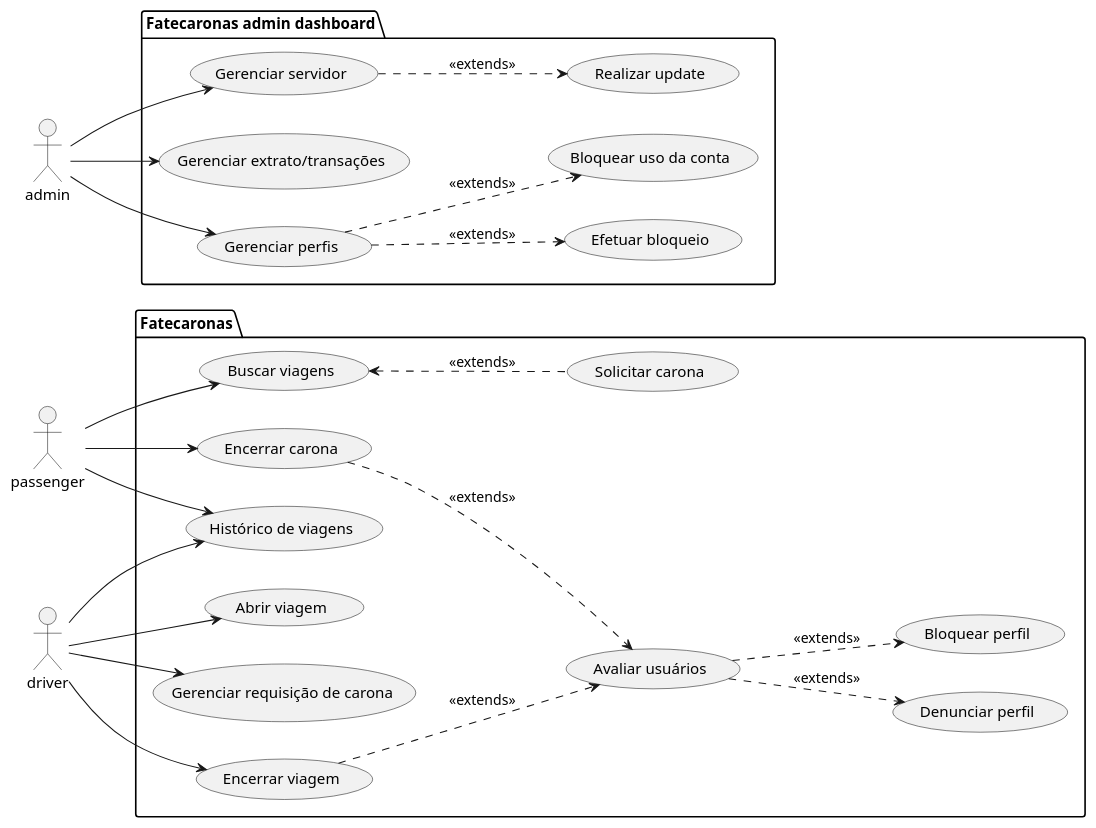
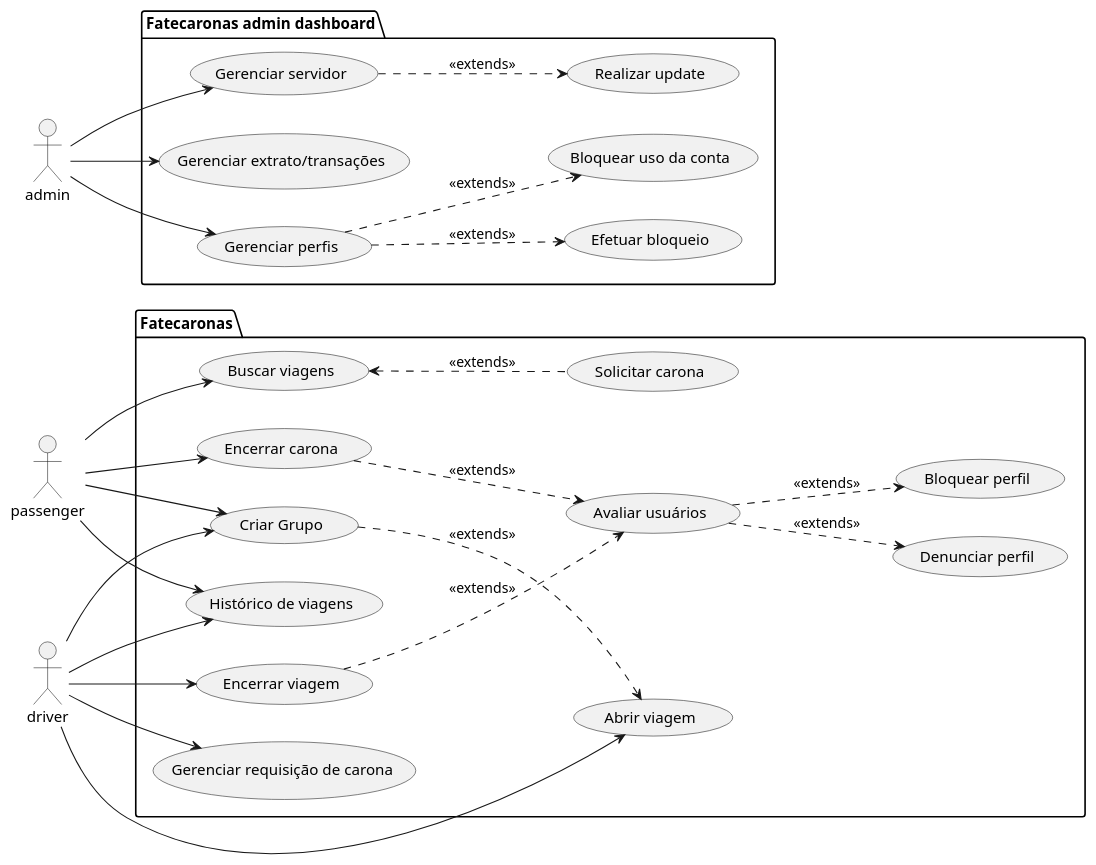
One commit to Vinicius0607/ProjetoES2 changed the diagram in uses_cases_fatecaronas.puml. Above: the diagram before and after it, drawn with PlantUML. The commit also changed 1 other file, not shown here.

```diff
--- a/uses_cases_fatecaronas.puml
+++ b/uses_cases_fatecaronas.puml
@@ -1,53 +1,56 @@
 @startuml Fatecaronas
 left to right direction
 
 ' Actors
 actor passenger as p
 actor driver as d
 actor admin as a
 
 package "Fatecaronas" {
     ' Usecases
     usecase "Buscar viagens" as UC1
     usecase "Solicitar carona" as UC2
     usecase "Encerrar carona" as UC3
     usecase "Histórico de viagens" as UC5
     usecase "Avaliar usuários" as UC6
     usecase "Abrir viagem" as UC7
     usecase "Gerenciar requisição de carona" as UC8
     usecase "Encerrar viagem" as UC9
     usecase "Denunciar perfil" as UC10
     usecase "Bloquear perfil" as UC11
+    usecase "Criar Grupo" as UC18
 }
-
+ 
 package "Fatecaronas admin dashboard" {
     usecase "Gerenciar servidor" as UC12
     usecase "Gerenciar extrato/transações" as UC13
     usecase "Gerenciar perfis" as UC14
     usecase "Efetuar bloqueio" as UC15
     usecase "Bloquear uso da conta" as UC16
     usecase "Realizar update" as UC17
-
 }
 
 ' Relations
 p --> UC1
 p --> UC3
 p --> UC5
+p --> UC18
 UC1 <.. UC2: <<extends>>
 UC3 ..> UC6: <<extends>>
 UC9 ..> UC6: <<extends>>
 UC6 ..> UC10: <<extends>>
 UC6 ..> UC11: <<extends>>
 d --> UC7
 d --> UC8
 d --> UC9
 d --> UC5
+d --> UC18
 a --> UC12
 a --> UC13
 a --> UC14
 UC12 ..> UC17: <<extends>>
 UC14 ..> UC15: <<extends>>
 UC14 ..> UC16: <<extends>>
+UC18 ..> UC7: <<extends>> 
 
 @enduml
```
